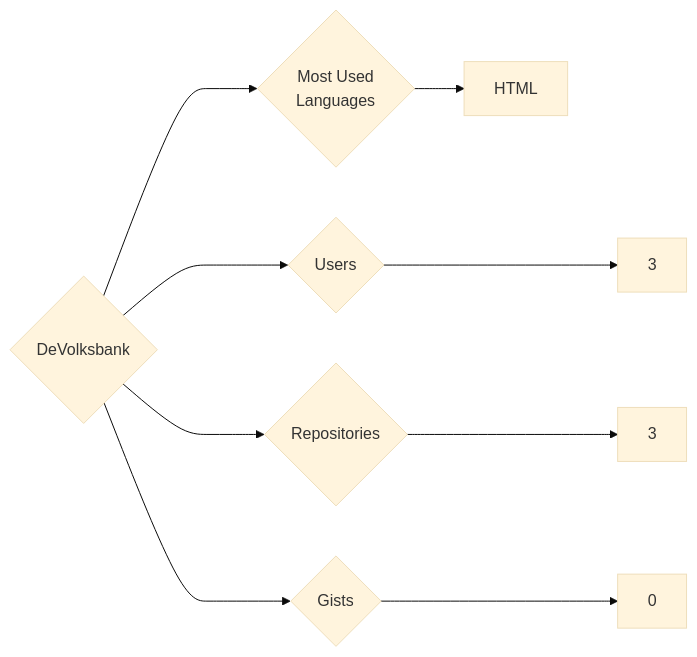
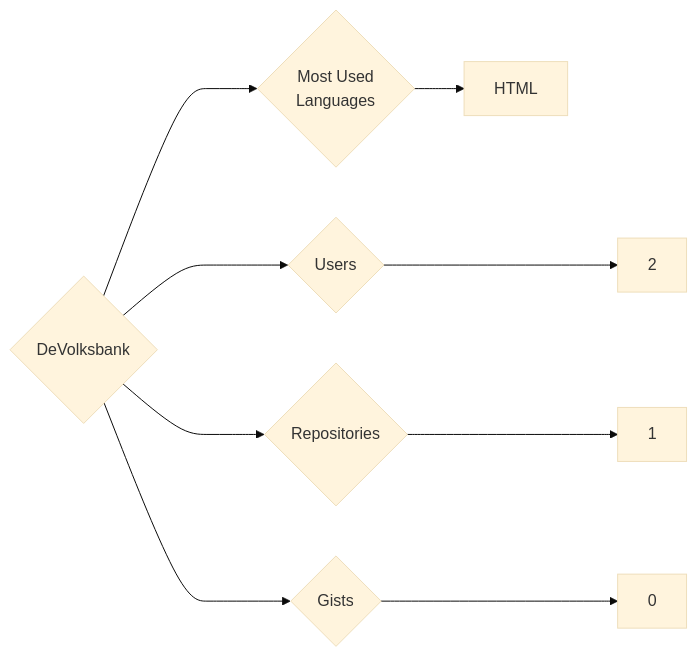
Before and after one commit to trickest/insiders: the diagram in targets/DeVolksbank/README.md, drawn with Mermaid (base theme). The commit also changed 1212 other files, not shown here.

````diff
--- a/targets/DeVolksbank/README.md
+++ b/targets/DeVolksbank/README.md
@@ -3,9 +3,9 @@
 ```mermaid
 graph LR
 COMPANY_NAME{DeVolksbank}
-COMPANY_NAME ---> U{Users} ---> UN[3]
-COMPANY_NAME ---> R{Repositories} ---> RN[3]
+COMPANY_NAME ---> U{Users} ---> UN[2]
+COMPANY_NAME ---> R{Repositories} ---> RN[1]
 COMPANY_NAME ---> G{Gists} ---> GN[0]
 COMPANY_NAME ---> ML{Most Used<br>Languages}
 ML --> HTML[HTML]
 ```
````
